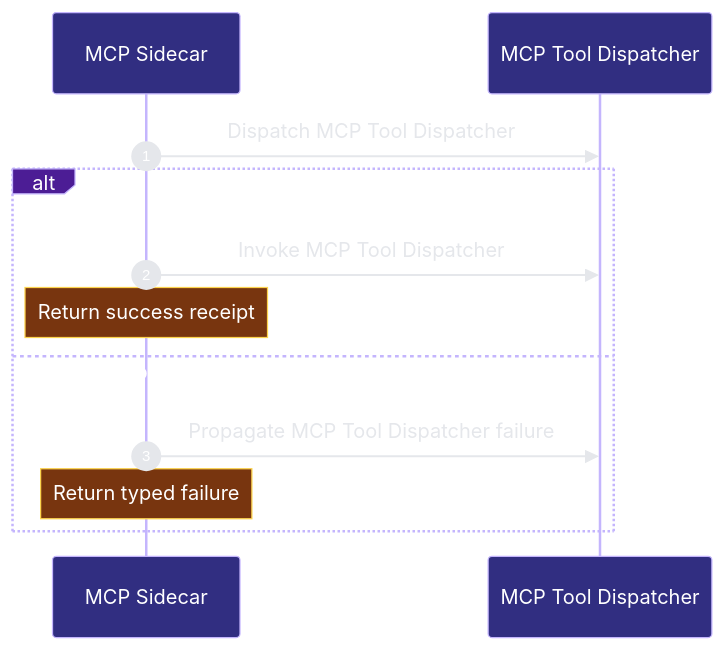
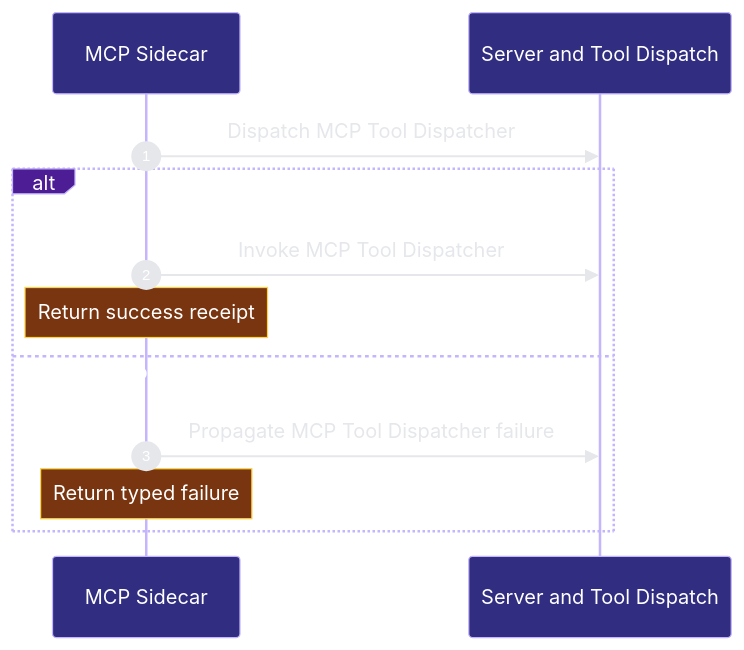
One commit to Ancienttwo/repo-harness changed the fifth of 5 diagrams in docs/architecture/modules/runtime-harness/mcp-sidecar.md. Above: the diagram before and after it, drawn with Mermaid. The commit also changed other lines of this file and 53 other files, not shown here.

````diff
--- a/docs/architecture/modules/runtime-harness/mcp-sidecar.md
+++ b/docs/architecture/modules/runtime-harness/mcp-sidecar.md
@@ -102,15 +135,15 @@
 ```mermaid
 %%{init: {"theme":"base","themeVariables":{"background":"#0d1117","actorBkg":"#312e81","actorBorder":"#c4b5fd","actorTextColor":"#ffffff","signalColor":"#e5e7eb","signalTextColor":"#e5e7eb","labelBoxBkgColor":"#4c1d95","labelBoxBorderColor":"#c4b5fd","labelTextColor":"#ffffff","noteBkgColor":"#78350f","noteBorderColor":"#fcd34d","noteTextColor":"#ffffff","sequenceNumberColor":"#ffffff"}}}%%
 sequenceDiagram
   autonumber
   participant p2_capability_4262990f as MCP Sidecar
-  participant p2_component_7b8d80ff as MCP Tool Dispatcher
+  participant p2_component_7b8d80ff as Server and Tool Dispatch
   p2_capability_4262990f->>p2_component_7b8d80ff: Dispatch MCP Tool Dispatcher
   alt Dispatch an MCP tool call completes
   p2_capability_4262990f->>p2_component_7b8d80ff: Invoke MCP Tool Dispatcher
     Note over p2_capability_4262990f: Return success receipt
   else Dispatch an MCP tool call is rejected or fails
   p2_capability_4262990f->>p2_component_7b8d80ff: Propagate MCP Tool Dispatcher failure
     Note over p2_capability_4262990f: Return typed failure
   end
 ```
````
